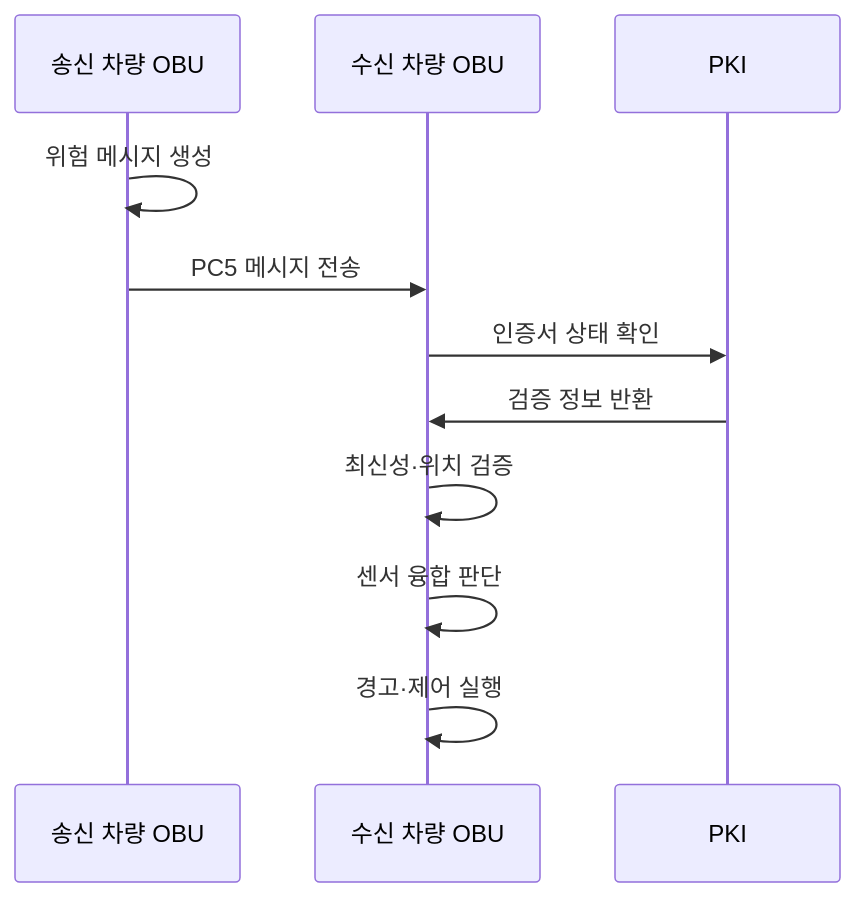
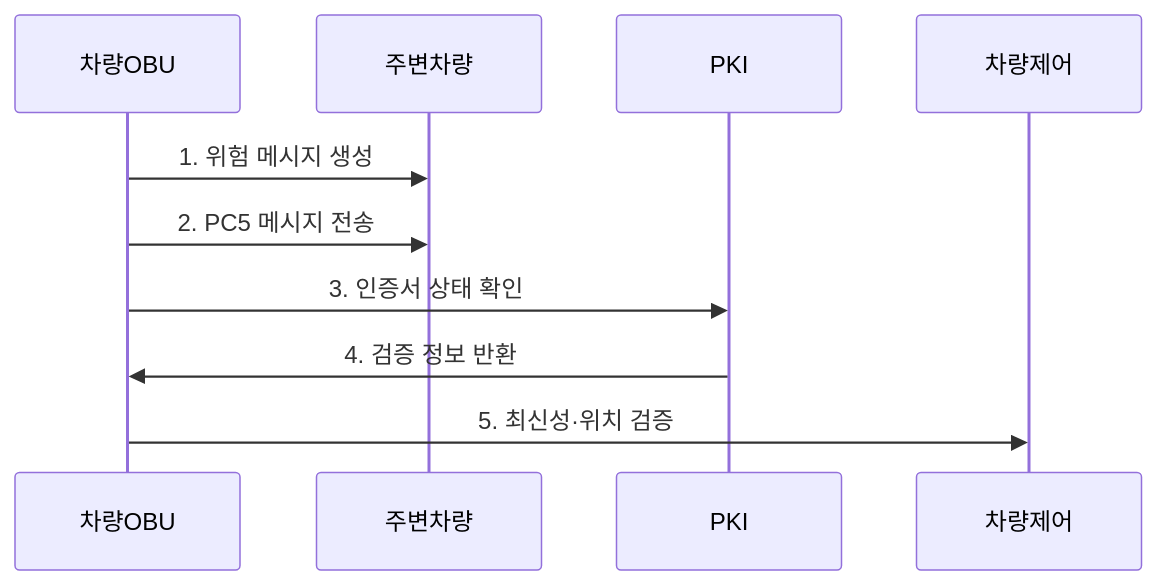
Before and after one commit to agnusdei1207/knowledge-base: the second of 2 diagrams in src/content/docs/notes/04-network/049_v2x_vehicle_to_everything.md, drawn with Mermaid. The commit also changed other lines of this file and 20 other files, not shown here.

````diff
--- a/src/content/docs/notes/04-network/049_v2x_vehicle_to_everything.md
+++ b/src/content/docs/notes/04-network/049_v2x_vehicle_to_everything.md
@@ -90,13 +84,12 @@
 ```mermaid
 sequenceDiagram
-    participant S as 송신 차량 OBU
-    participant R as 수신 차량 OBU
-    participant P as PKI
-    S->>S: 위험 메시지 생성
-    S->>R: PC5 메시지 전송
-    R->>P: 인증서 상태 확인
-    P->>R: 검증 정보 반환
-    R->>R: 최신성·위치 검증
-    R->>R: 센서 융합 판단
-    R->>R: 경고·제어 실행
+    participant 차량OBU
+    participant 주변차량
+    participant PKI
+    participant 차량제어
+    차량OBU->>주변차량: 1. 위험 메시지 생성
+    차량OBU->>주변차량: 2. PC5 메시지 전송
+    차량OBU->>PKI: 3. 인증서 상태 확인
+    PKI->>차량OBU: 4. 검증 정보 반환
+    차량OBU->>차량제어: 5. 최신성·위치 검증
 ```
````
